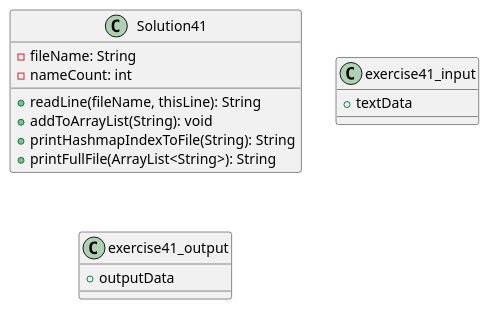
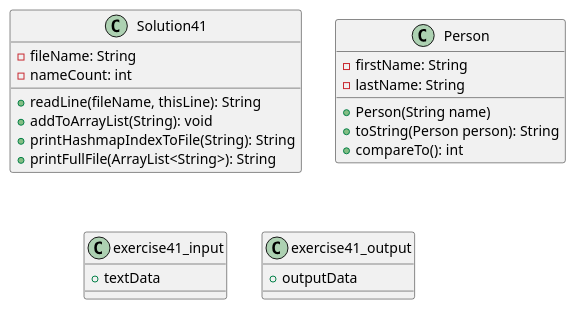
One commit to pothyn/davis-a04 changed the diagram in exercise41/docs/diagram.puml. Above: the diagram before and after it, drawn with PlantUML. The commit also changed 1 other file, not shown here.

```diff
--- a/exercise41/docs/diagram.puml
+++ b/exercise41/docs/diagram.puml
@@ -1,26 +1,35 @@
 @startuml
 'https://plantuml.com/sequence-diagram
 
 class Solution41 {
     'behaviors
     +readLine(fileName, thisLine): String
     +addToArrayList(String): void
     +printHashmapIndexToFile(String): String
     +printFullFile(ArrayList<String>): String
 
 
     'attributes
     -fileName: String
     -nameCount: int
 
 }
 
+class Person {
+    -firstName: String
+    -lastName: String
+
+    +Person(String name)
+    +toString(Person person): String
+    +compareTo(): int
+}
+
 class exercise41_input{
     +textData
 }
 
 class exercise41_output{
     +outputData
 }
 
 @enduml
```
